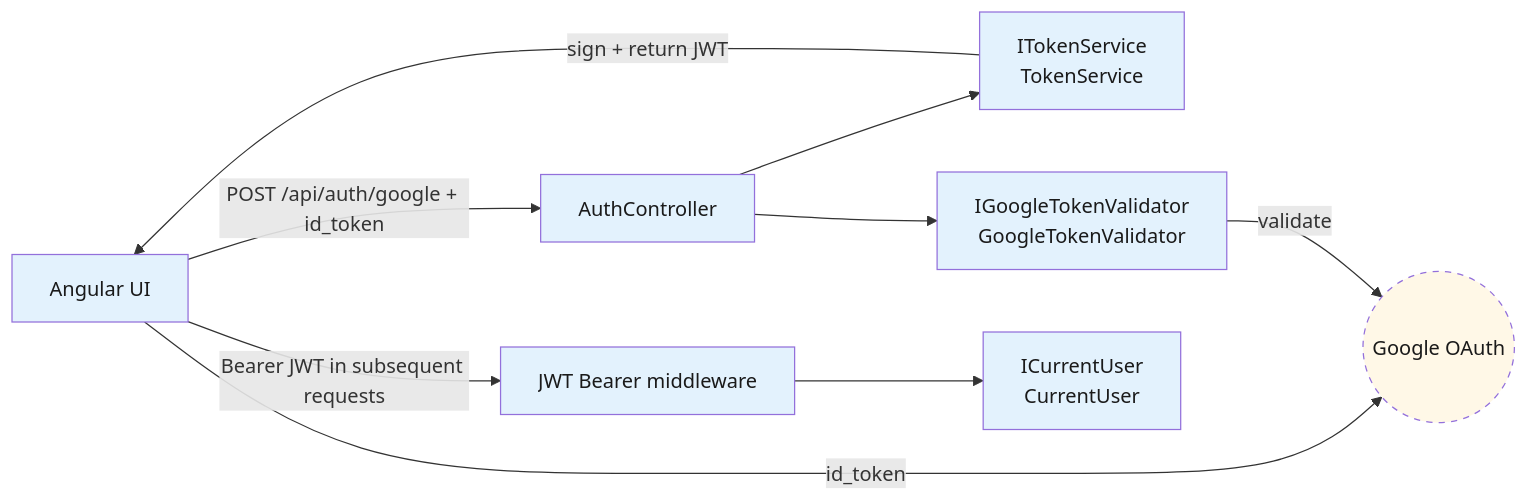
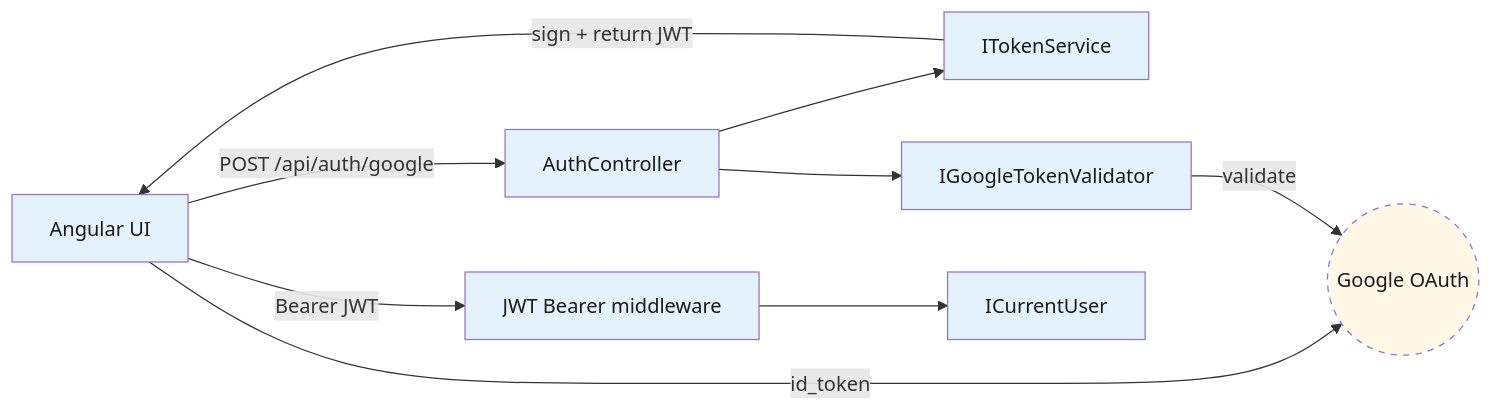
The second of 2 diagrams in diagrams/backend/01-architecture.md (Dockdep/LessonHub), drawn with Mermaid before and after one commit. The commit also changed other lines of this file and 36 other files, not shown here.

````diff
--- a/diagrams/backend/01-architecture.md
+++ b/diagrams/backend/01-architecture.md
@@ -134,20 +39,20 @@
 ```mermaid
 flowchart LR
   classDef ext stroke-dasharray: 5 5,fill:#fff8e7,color:#1a1a1a
   classDef internal fill:#e3f2fd,color:#1a1a1a
 
   google((Google OAuth)):::ext
   ui[Angular UI]:::internal
   jwtb[JWT Bearer middleware]:::internal
   authc[AuthController]:::internal
-  ts["ITokenService<br/>TokenService"]:::internal
-  gtv["IGoogleTokenValidator<br/>GoogleTokenValidator"]:::internal
-  cu["ICurrentUser<br/>CurrentUser"]:::internal
+  ts[ITokenService]:::internal
+  gtv[IGoogleTokenValidator]:::internal
+  cu[ICurrentUser]:::internal
 
   ui -->|id_token| google
-  ui -->|POST /api/auth/google + id_token| authc
+  ui -->|POST /api/auth/google| authc
   authc --> gtv -->|validate| google
   authc --> ts -->|sign + return JWT| ui
-  ui -->|Bearer JWT in subsequent requests| jwtb
+  ui -->|Bearer JWT| jwtb
   jwtb --> cu
 ```
````
